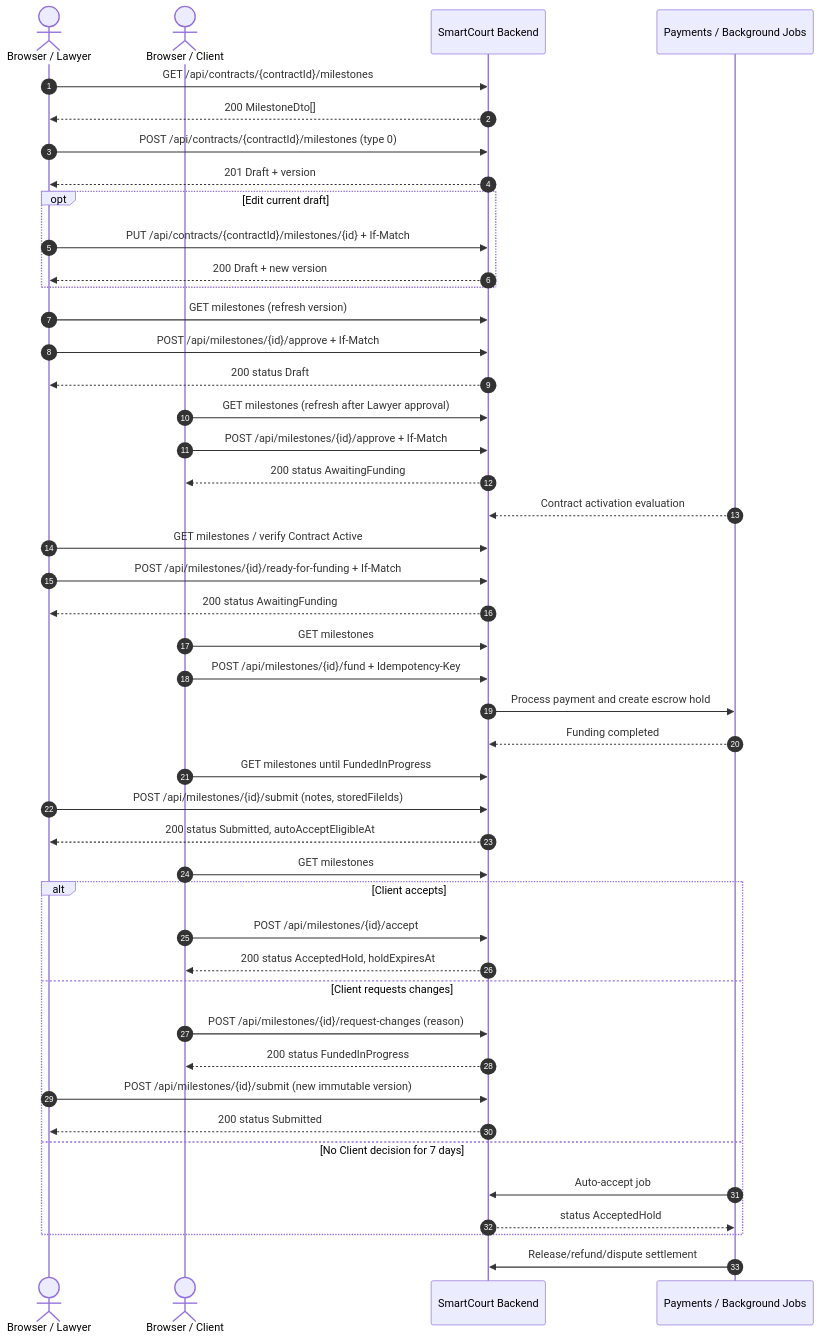
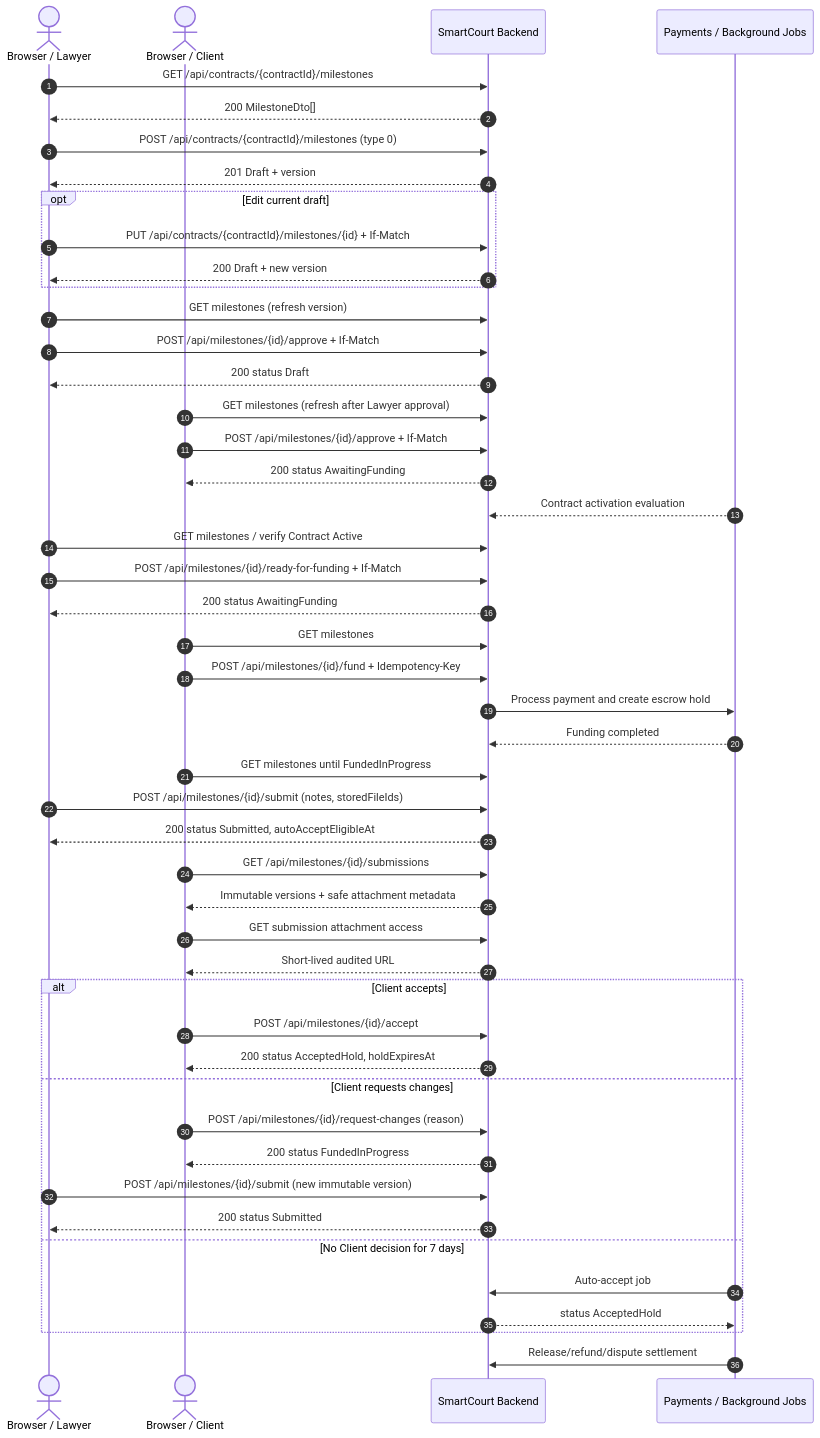
Before and after one commit to JinxX404/SmartCourt: the second of 3 diagrams in docs/Milestones_API_Integration_Guide.md, drawn with Mermaid. The commit also changed other lines of this file and 6 other files, not shown here.

Commit message:
"feat-milestones-submission-history"

````diff
--- a/docs/Milestones_API_Integration_Guide.md
+++ b/docs/Milestones_API_Integration_Guide.md
@@ -688,48 +697,51 @@
 ```mermaid
 sequenceDiagram
     autonumber
     actor L as Browser / Lawyer
     actor C as Browser / Client
     participant B as SmartCourt Backend
     participant P as Payments / Background Jobs
 
     L->>B: GET /api/contracts/{contractId}/milestones
     B-->>L: 200 MilestoneDto[]
     L->>B: POST /api/contracts/{contractId}/milestones (type 0)
     B-->>L: 201 Draft + version
     opt Edit current draft
         L->>B: PUT /api/contracts/{contractId}/milestones/{id} + If-Match
         B-->>L: 200 Draft + new version
     end
     L->>B: GET milestones (refresh version)
     L->>B: POST /api/milestones/{id}/approve + If-Match
     B-->>L: 200 status Draft
     C->>B: GET milestones (refresh after Lawyer approval)
     C->>B: POST /api/milestones/{id}/approve + If-Match
     B-->>C: 200 status AwaitingFunding
     P-->>B: Contract activation evaluation
     L->>B: GET milestones / verify Contract Active
     L->>B: POST /api/milestones/{id}/ready-for-funding + If-Match
     B-->>L: 200 status AwaitingFunding
     C->>B: GET milestones
     C->>B: POST /api/milestones/{id}/fund + Idempotency-Key
     B->>P: Process payment and create escrow hold
     P-->>B: Funding completed
     C->>B: GET milestones until FundedInProgress
     L->>B: POST /api/milestones/{id}/submit (notes, storedFileIds)
     B-->>L: 200 status Submitted, autoAcceptEligibleAt
-    C->>B: GET milestones
+    C->>B: GET /api/milestones/{id}/submissions
+    B-->>C: Immutable versions + safe attachment metadata
+    C->>B: GET submission attachment access
+    B-->>C: Short-lived audited URL
     alt Client accepts
         C->>B: POST /api/milestones/{id}/accept
         B-->>C: 200 status AcceptedHold, holdExpiresAt
     else Client requests changes
         C->>B: POST /api/milestones/{id}/request-changes (reason)
         B-->>C: 200 status FundedInProgress
         L->>B: POST /api/milestones/{id}/submit (new immutable version)
         B-->>L: 200 status Submitted
     else No Client decision for 7 days
         P->>B: Auto-accept job
         B-->>P: status AcceptedHold
     end
     P->>B: Release/refund/dispute settlement
 ```
````
